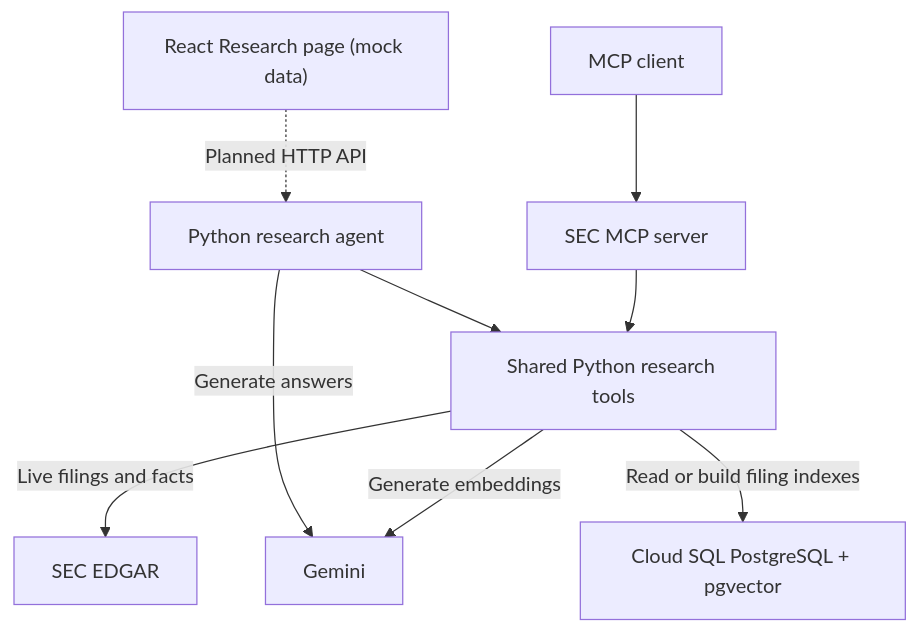
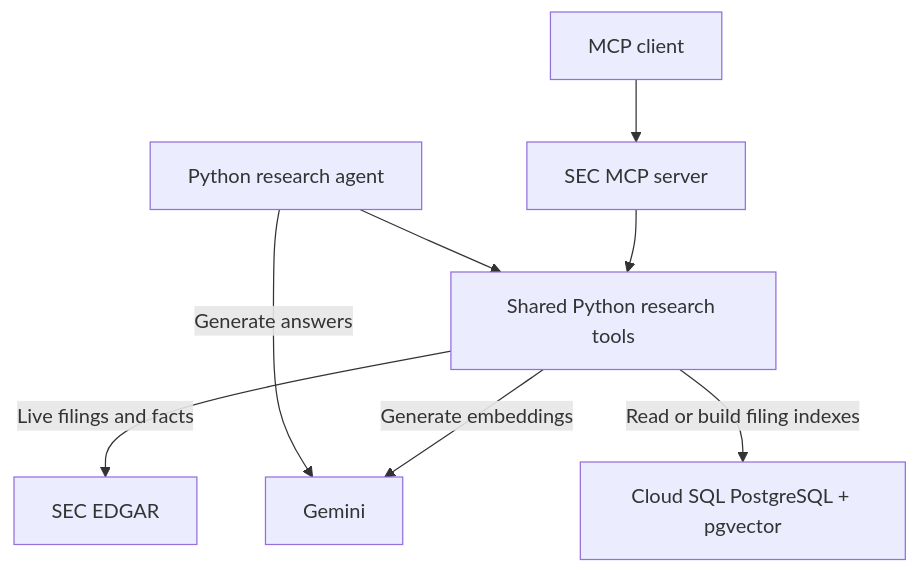
The diagram in README.md (Fabriciom2205/CSE-4095), drawn with Mermaid before and after one commit. The commit also changed other lines of this file and 120 other files, not shown here.

Commit message:
Build the research API and audited paper trading backend

````diff
--- a/README.md
+++ b/README.md
@@ -11,11 +11,10 @@
 ```mermaid
 flowchart TD
-    React["React Research page (mock data)"] -.->|Planned HTTP API| Agent["Python research agent"]
     Client["MCP client"] --> Server["SEC MCP server"]
-    Agent --> Tools["Shared Python research tools"]
+    Agent["Python research agent"] --> Tools["Shared Python research tools"]
     Server --> Tools
     Agent -->|Generate answers| Gemini["Gemini"]
     Tools -->|Live filings and facts| SEC["SEC EDGAR"]
     Tools -->|Generate embeddings| Gemini
     Tools -->|Read or build filing indexes| SQL["Cloud SQL PostgreSQL + pgvector"]
 ```
````
